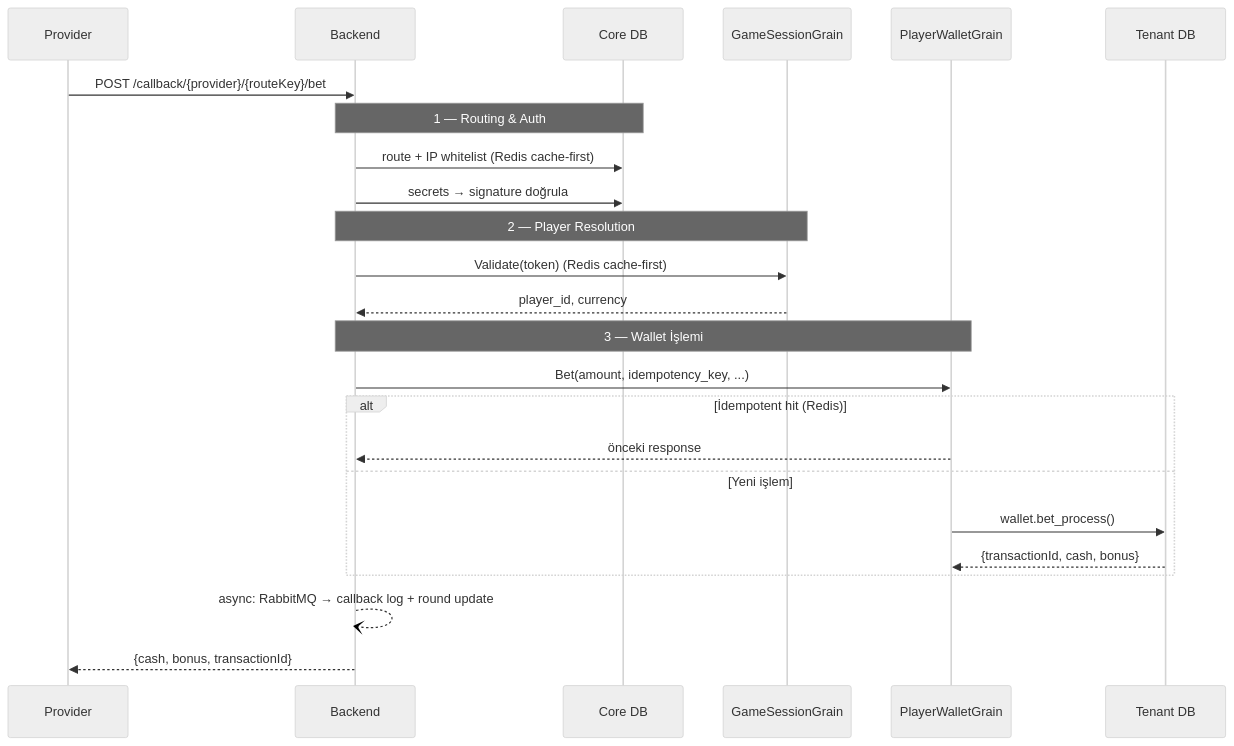
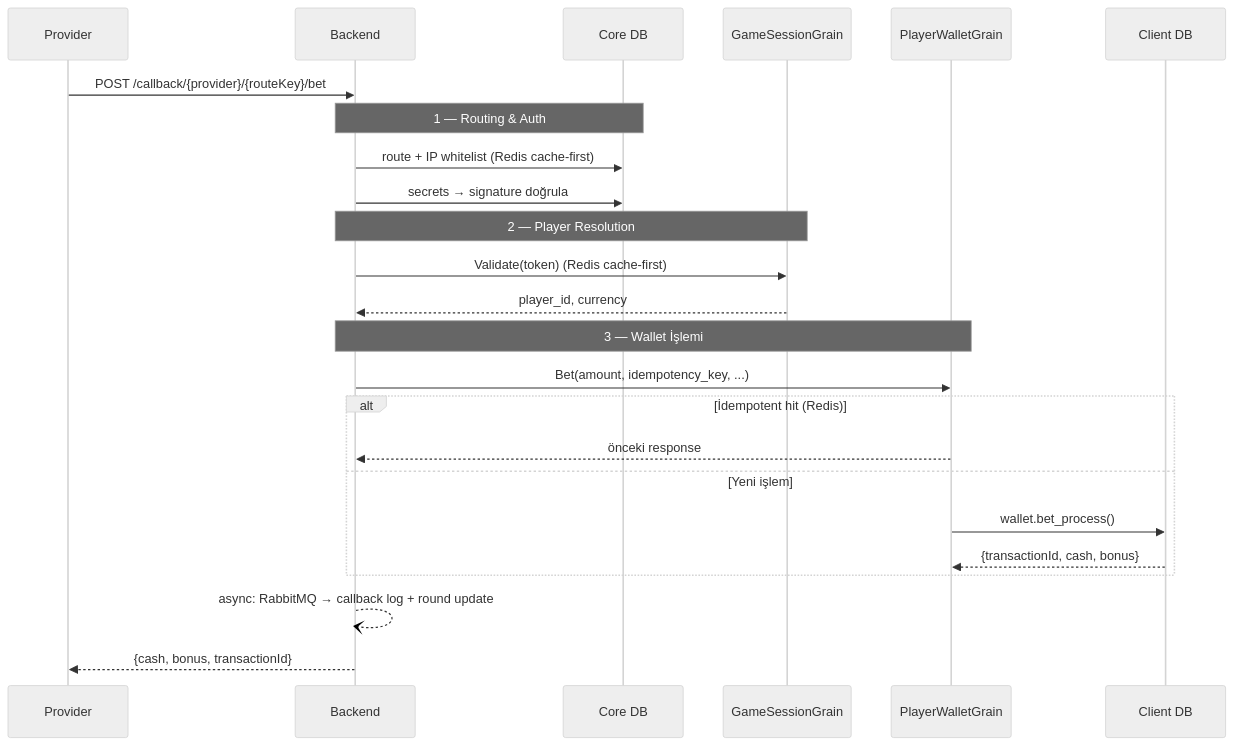
Before and after one commit to frhtshn/One.DB: the fifth of 8 diagrams in .docs/guides/GAME_GATEWAY_GUIDE.md, drawn with Mermaid (neutral theme). The commit also changed other lines of this file and 442 other files, not shown here.

First line of the commit message:
Nucleo → Sortis One ve tenant → client içerik güncellemeleri

````diff
--- a/.docs/guides/GAME_GATEWAY_GUIDE.md
+++ b/.docs/guides/GAME_GATEWAY_GUIDE.md
@@ -258,31 +258,31 @@
 ```mermaid
 sequenceDiagram
     participant PR as Provider
     participant BE as Backend
     participant C as Core DB
     participant GS as GameSessionGrain
     participant WG as PlayerWalletGrain
-    participant T as Tenant DB
+    participant T as Client DB
 
     PR->>BE: POST /callback/{provider}/{routeKey}/bet
 
     Note over BE,C: 1 — Routing & Auth
     BE->>C: route + IP whitelist (Redis cache-first)
     BE->>C: secrets → signature doğrula
 
     Note over BE,GS: 2 — Player Resolution
     BE->>GS: Validate(token) (Redis cache-first)
     GS-->>BE: player_id, currency
 
     Note over BE,WG: 3 — Wallet İşlemi
     BE->>WG: Bet(amount, idempotency_key, ...)
     alt İdempotent hit (Redis)
         WG-->>BE: önceki response
     else Yeni işlem
         WG->>T: wallet.bet_process()
         T-->>WG: {transactionId, cash, bonus}
     end
 
     BE--)BE: async: RabbitMQ → callback log + round update
     BE-->>PR: {cash, bonus, transactionId}
 ```
````
